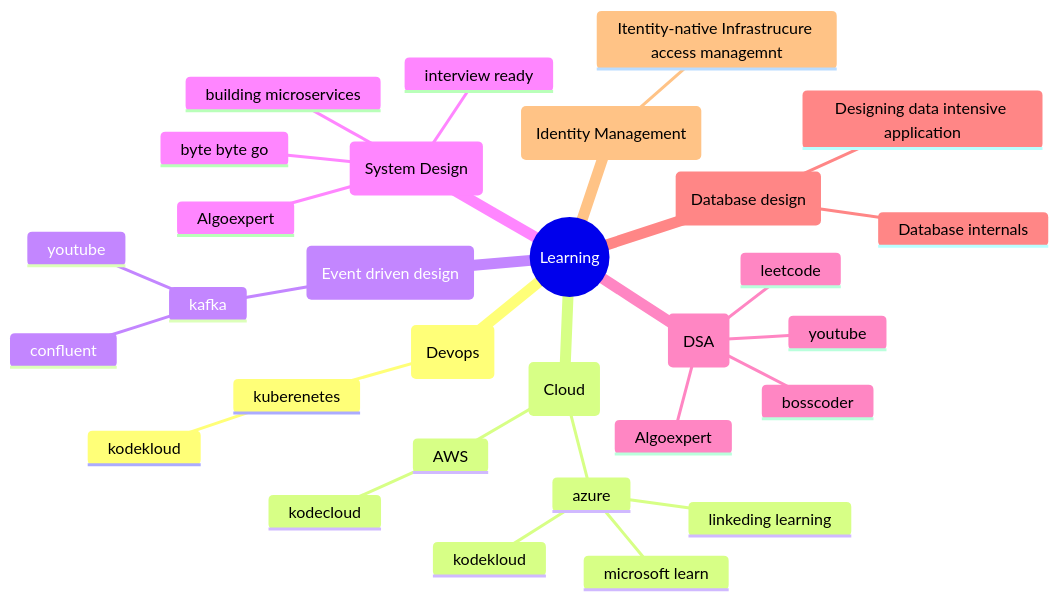
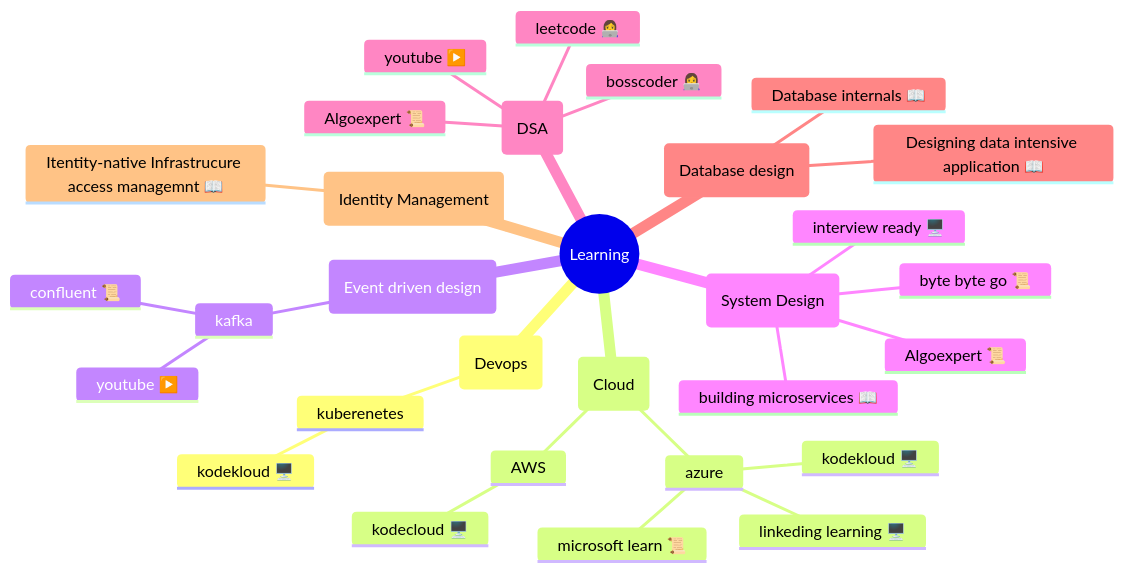
Before and after one commit to ankitech/Cloud-certification-guide: the second of 2 diagrams in README.md, drawn with Mermaid.

````diff
--- a/README.md
+++ b/README.md
@@ -59,53 +59,33 @@
 ```mermaid
 mindmap
 root((Learning))
     (Devops)
         kuberenetes
-            kodekloud
-            ::icon(fa fa-laptop-file)
+            kodekloud 🖥️
     (Cloud)
         azure
-            kodekloud
-            ::icon(fa fa-laptop-file)
-            linkeding learning
-            ::icon(fa fa-laptop-file)
-            microsoft learn
-            ::icon(fa fa-book-atlas)
+            kodekloud 🖥️
+            linkeding learning 🖥️
+            microsoft learn 📜
         AWS
-            kodecloud
-            ::icon(fa fa-laptop-file)
+            kodecloud 🖥️
     (Event driven design)
         kafka
-            youtube
-            ::icon(fa fa-play)
-            confluent
-            ::icon(fa fa-book-atlas)
+            youtube ▶️
+            confluent 📜
     (System Design)
-        interview ready
-        ::icon(fa fa-laptop-file)
-        Algoexpert
-        ::icon(fa fa-code)
-        byte byte go
-        ::icon(fa fa-book-atlas)
-        building microservices
-        ::icon(fa fa-book)
+        interview ready 🖥️
+        Algoexpert 📜
+        byte byte go 📜
+        building microservices 📖
     (DSA)
-        Algoexpert
-        ::icon(fa fa-code)
-        leetcode
-        ::icon(fa fa-code)
-        bosscoder
-        ::icon(fa fa-laptop-file)
-        youtube
-        ::icon(fa fa-play)
+        Algoexpert 📜
+        leetcode 👩‍💻
+        bosscoder 👩‍💻
+        youtube ▶️
     (Database design)
-        Designing data intensive application
-        ::icon(fa fa-book)
-        Database internals
-        ::icon(fa fa-book)
+        Designing data intensive application 📖
+        Database internals 📖
     (Identity Management)
-        Itentity-native Infrastrucure access managemnt
-        ::icon(fa fa-book)
-
-
+        Itentity-native Infrastrucure access managemnt 📖
 ```
````
